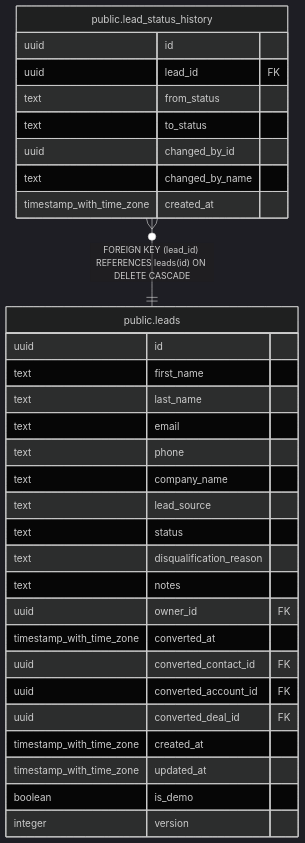
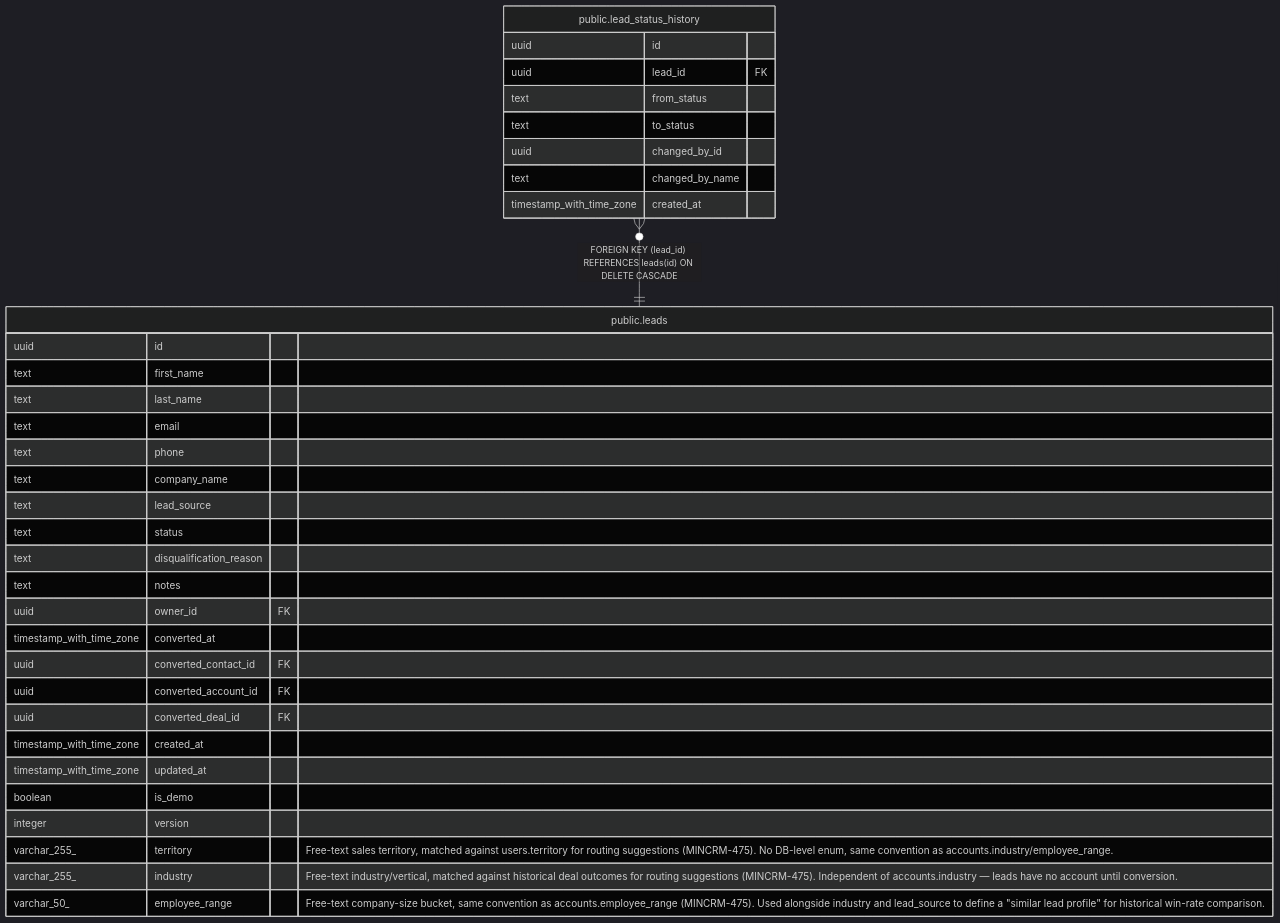
One commit to rkseattle/minicrm changed the diagram in docs/schema/public.lead_status_history.md. Above: the diagram before and after it, drawn with Mermaid (dark theme). The commit also changed 85 other files, not shown here.

````diff
--- a/docs/schema/public.lead_status_history.md
+++ b/docs/schema/public.lead_status_history.md
@@ -31,36 +31,39 @@
 ```mermaid
 erDiagram
 
 "public.lead_status_history" }o--|| "public.leads" : "FOREIGN KEY (lead_id) REFERENCES leads(id) ON DELETE CASCADE"
 
 "public.lead_status_history" {
   uuid id ""
   uuid lead_id FK ""
   text from_status ""
   text to_status ""
   uuid changed_by_id ""
   text changed_by_name ""
   timestamp_with_time_zone created_at ""
 }
 "public.leads" {
   uuid id ""
   text first_name ""
   text last_name ""
   text email ""
   text phone ""
   text company_name ""
   text lead_source ""
   text status ""
   text disqualification_reason ""
   text notes ""
   uuid owner_id FK ""
   timestamp_with_time_zone converted_at ""
   uuid converted_contact_id FK ""
   uuid converted_account_id FK ""
   uuid converted_deal_id FK ""
   timestamp_with_time_zone created_at ""
   timestamp_with_time_zone updated_at ""
   boolean is_demo ""
   integer version ""
+  varchar_255_ territory "Free-text sales territory, matched against users.territory for routing suggestions (MINCRM-475). No DB-level enum, same convention as accounts.industry/employee_range."
+  varchar_255_ industry "Free-text industry/vertical, matched against historical deal outcomes for routing suggestions (MINCRM-475). Independent of accounts.industry — leads have no account until conversion."
+  varchar_50_ employee_range "Free-text company-size bucket, same convention as accounts.employee_range (MINCRM-475). Used alongside industry and lead_source to define a #quot;similar lead profile#quot; for historical win-rate comparison."
 }
 ```
````
